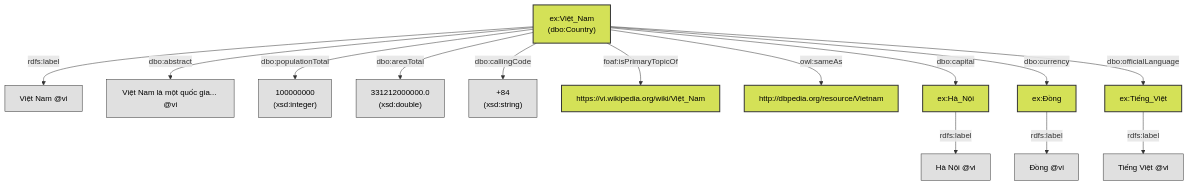
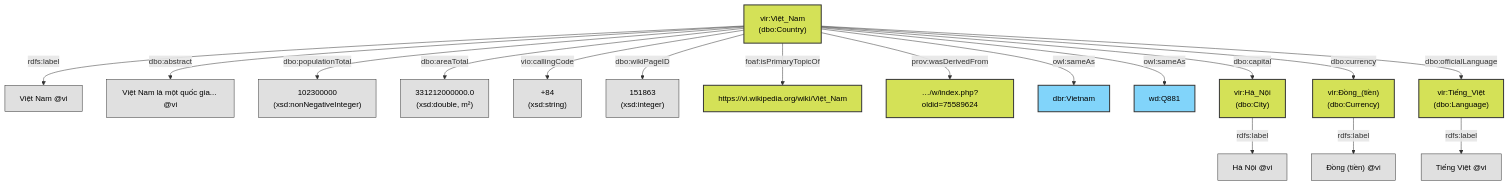
One commit to Bach-TG/vn-dpedia-country changed the diagram in docs/ontology_design.md. Above: the diagram before and after it, drawn with Mermaid. The commit also changed other lines of this file and 27 other files, not shown here.

````diff
--- a/docs/ontology_design.md
+++ b/docs/ontology_design.md
@@ -73,30 +108,34 @@
 ```mermaid
 graph TD
     %% Define styles for URIs and Literals
     classDef uri fill:#d4e157,stroke:#333,stroke-width:2px,color:#000;
     classDef literal fill:#e0e0e0,stroke:#333,stroke-width:1px,color:#000;
+    classDef external fill:#81d4fa,stroke:#333,stroke-width:2px,color:#000;
 
     %% Main Entity Node
-    Country["ex:Việt_Nam<br/>(dbo:Country)"]:::uri
-    
+    Country["vir:Việt_Nam<br/>(dbo:Country)"]:::uri
+
     %% Literals
     Country -->|rdfs:label| Label["Việt Nam @vi"]:::literal
     Country -->|dbo:abstract| Abstract["Việt Nam là một quốc gia... @vi"]:::literal
-    Country -->|dbo:populationTotal| Population["100000000<br/>(xsd:integer)"]:::literal
-    Country -->|dbo:areaTotal| Area["331212000000.0<br/>(xsd:double)"]:::literal
-    Country -->|dbo:callingCode| CallCode["+84<br/>(xsd:string)"]:::literal
-    
-    %% URIs (External and Object Properties)
+    Country -->|dbo:populationTotal| Population["102300000<br/>(xsd:nonNegativeInteger)"]:::literal
+    Country -->|dbo:areaTotal| Area["331212000000.0<br/>(xsd:double, m²)"]:::literal
+    Country -->|vio:callingCode| CallCode["+84<br/>(xsd:string)"]:::literal
+    Country -->|dbo:wikiPageID| PageId["151863<br/>(xsd:integer)"]:::literal
+
+    %% Provenance and external links
     Country -->|foaf:isPrimaryTopicOf| Source["https://vi.wikipedia.org/wiki/Việt_Nam"]:::uri
-    Country -->|owl:sameAs| EnDBpedia["http://dbpedia.org/resource/Vietnam"]:::uri
-    
-    %% Relational URIs with their own labels
-    Country -->|dbo:capital| Capital["ex:Hà_Nội"]:::uri
+    Country -->|prov:wasDerivedFrom| Revision["…/w/index.php?oldid=75589624"]:::uri
+    Country -->|owl:sameAs| EnDBpedia["dbr:Vietnam"]:::external
+    Country -->|owl:sameAs| Wikidata["wd:Q881"]:::external
+
+    %% Typed resources with their own labels
+    Country -->|dbo:capital| Capital["vir:Hà_Nội<br/>(dbo:City)"]:::uri
     Capital -->|rdfs:label| CapLabel["Hà Nội @vi"]:::literal
-    
-    Country -->|dbo:currency| Currency["ex:Đồng"]:::uri
-    Currency -->|rdfs:label| CurLabel["Đồng @vi"]:::literal
-    
-    Country -->|dbo:officialLanguage| Language["ex:Tiếng_Việt"]:::uri
+
+    Country -->|dbo:currency| Currency["vir:Đồng_(tiền)<br/>(dbo:Currency)"]:::uri
+    Currency -->|rdfs:label| CurLabel["Đồng (tiền) @vi"]:::literal
+
+    Country -->|dbo:officialLanguage| Language["vir:Tiếng_Việt<br/>(dbo:Language)"]:::uri
     Language -->|rdfs:label| LangLabel["Tiếng Việt @vi"]:::literal
 ```
````
